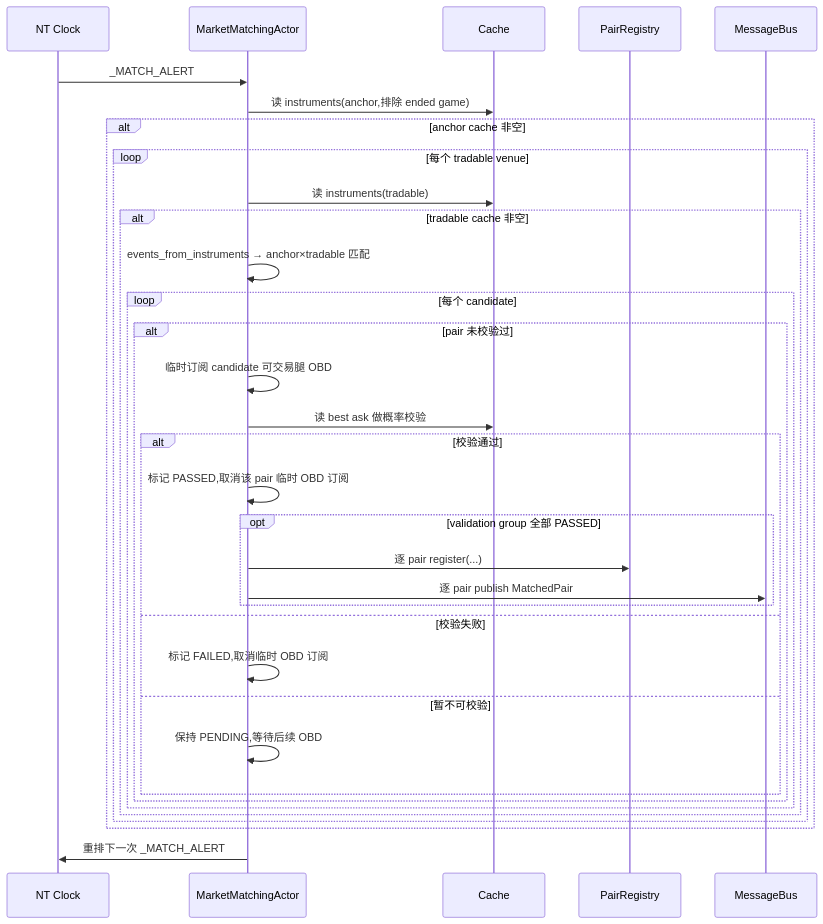
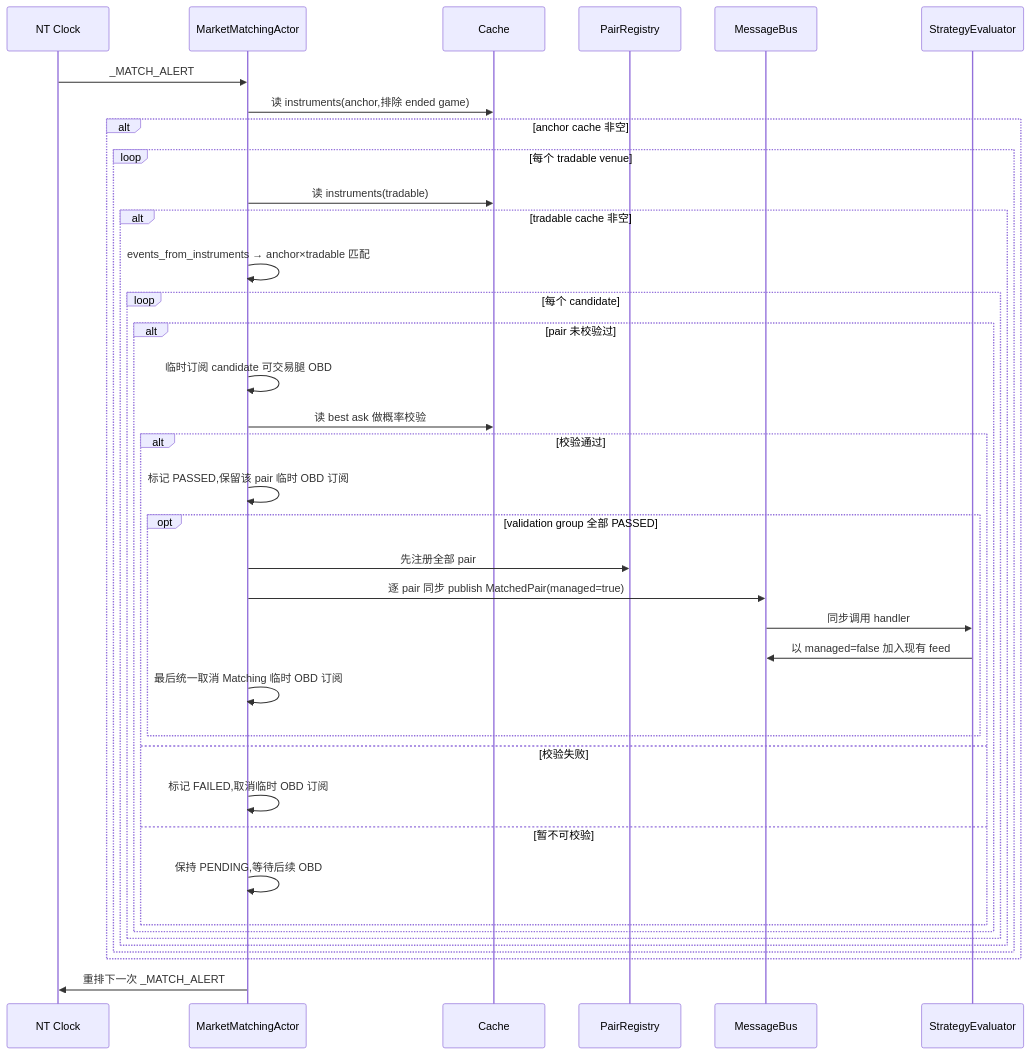
The second of 2 diagrams in docs/arbitrage/architectures/matching/architecture.md (psnewer/nautilus_trader), drawn with Mermaid before and after one commit. The commit also changed other lines of this file and 27 other files, not shown here.

````diff
--- a/docs/arbitrage/architectures/matching/architecture.md
+++ b/docs/arbitrage/architectures/matching/architecture.md
@@ -314,37 +320,41 @@
 ```mermaid
 sequenceDiagram
   participant CLK as NT Clock
   participant MA as MarketMatchingActor
   participant CA as Cache
   participant PR as PairRegistry
   participant MB as MessageBus
+  participant ST as StrategyEvaluator
 
   CLK->>MA: _MATCH_ALERT
   MA->>CA: 读 instruments(anchor,排除 ended game)
   alt anchor cache 非空
     loop 每个 tradable venue
       MA->>CA: 读 instruments(tradable)
       alt tradable cache 非空
         MA->>MA: events_from_instruments → anchor×tradable 匹配
         loop 每个 candidate
           alt pair 未校验过
             MA->>MA: 临时订阅 candidate 可交易腿 OBD
             MA->>CA: 读 best ask 做概率校验
             alt 校验通过
-              MA->>MA: 标记 PASSED,取消该 pair 临时 OBD 订阅
+              MA->>MA: 标记 PASSED,保留该 pair 临时 OBD 订阅
               opt validation group 全部 PASSED
-                MA->>PR: 逐 pair register(...)
-                MA->>MB: 逐 pair publish MatchedPair
+                MA->>PR: 先注册全部 pair
+                MA->>MB: 逐 pair 同步 publish MatchedPair(managed=true)
+                MB->>ST: 同步调用 handler
+                ST->>MB: 以 managed=false 加入现有 feed
+                MA->>MA: 最后统一取消 Matching 临时 OBD 订阅
               end
             else 校验失败
               MA->>MA: 标记 FAILED,取消临时 OBD 订阅
             else 暂不可校验
               MA->>MA: 保持 PENDING,等待后续 OBD
             end
           end
         end
       end
     end
   end
   MA->>CLK: 重排下一次 _MATCH_ALERT
 ```
````
